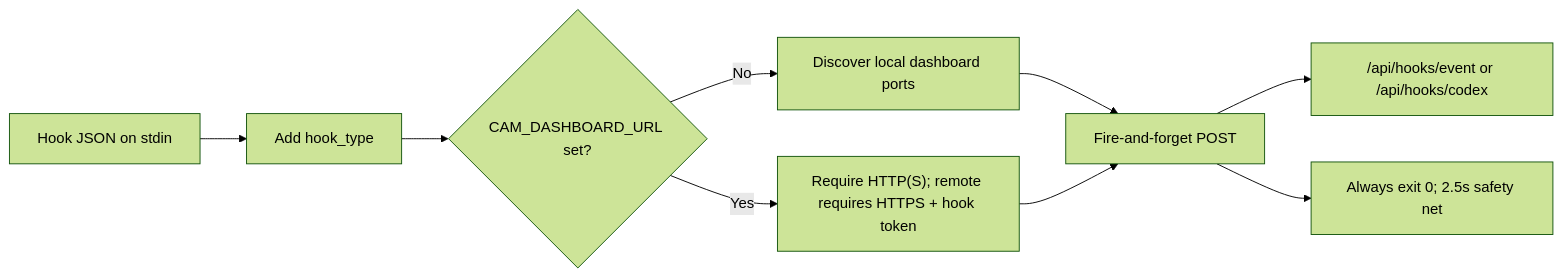
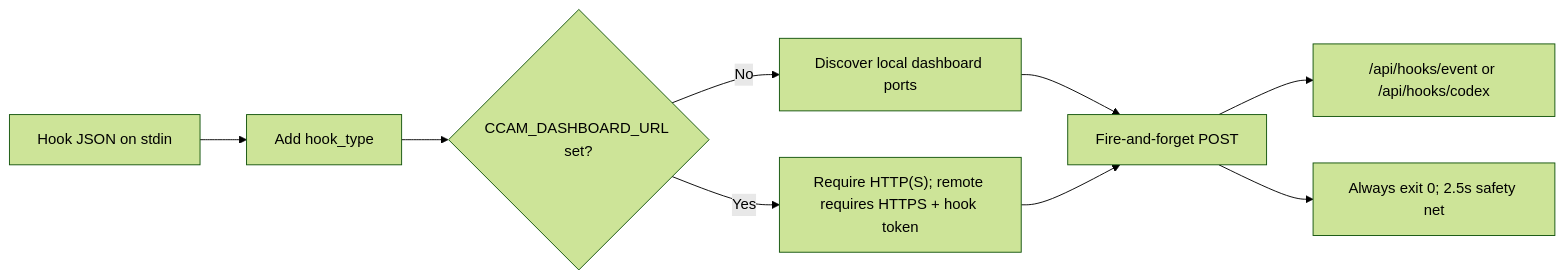
The sixth of 10 diagrams in docs/HOOKS.md (buluma/Code-Agent-Monitor), drawn with Mermaid (forest theme) before and after one commit. The commit also changed other lines of this file and 1142 other files, not shown here.

````diff
--- a/docs/HOOKS.md
+++ b/docs/HOOKS.md
@@ -701,11 +555,11 @@
 ```mermaid
 flowchart LR
   STDIN["Hook JSON on stdin"] --> WRAP["Add hook_type"]
-  WRAP --> TARGET{"CAM_DASHBOARD_URL set?"}
+  WRAP --> TARGET{"CCAM_DASHBOARD_URL set?"}
   TARGET -->|No| LOCAL["Discover local dashboard ports"]
   TARGET -->|Yes| VALIDATE["Require HTTP(S); remote requires HTTPS + hook token"]
   LOCAL --> SEND["Fire-and-forget POST"]
   VALIDATE --> SEND
   SEND --> EVENT["/api/hooks/event or /api/hooks/codex"]
   SEND --> EXIT["Always exit 0; 2.5s safety net"]
 ```
````
